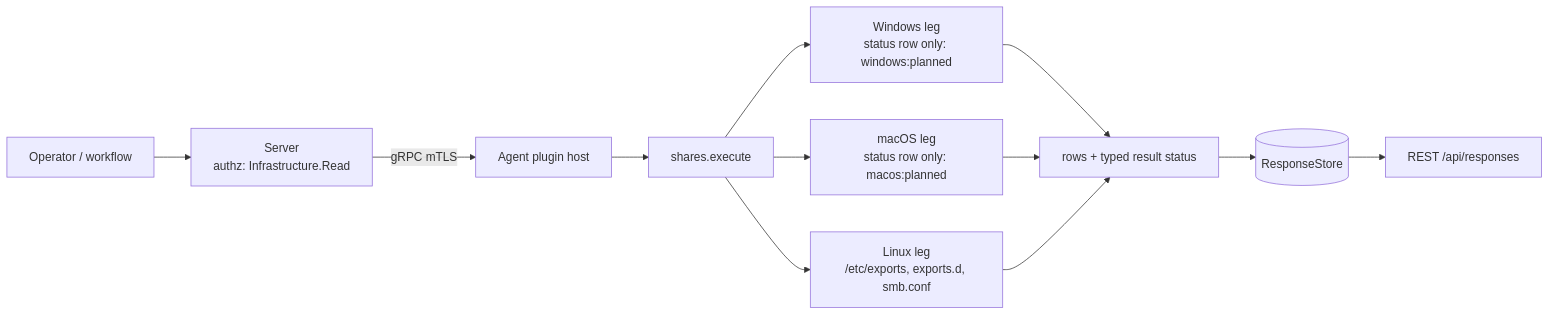
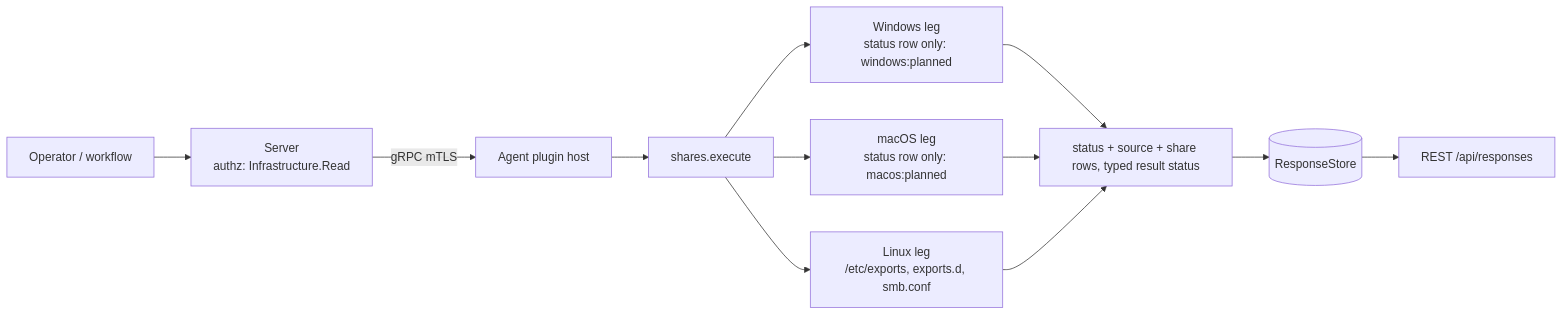
Before and after one commit to DevNullLtd/Yuzu: the first of 3 diagrams in agents/plugins/shares/README.md, drawn with Mermaid. The commit also changed other lines of this file and 5 other files, not shown here.

````diff
--- a/agents/plugins/shares/README.md
+++ b/agents/plugins/shares/README.md
@@ -21,9 +19,9 @@
 ```mermaid
 flowchart LR
   OP[Operator / workflow] --> SRV[Server<br/>authz: Infrastructure.Read]
   SRV -- gRPC mTLS --> HOST[Agent plugin host] --> EX[shares.execute]
-  EX --> WIN[Windows leg<br/>status row only: windows:planned]
-  EX --> MAC[macOS leg<br/>status row only: macos:planned]
-  EX --> LIN[Linux leg<br/>/etc/exports, exports.d, smb.conf]
-  WIN & MAC & LIN --> ROWS[rows + typed result status] --> RS[(ResponseStore)] --> API[REST /api/responses]
+  EX --> WIN["Windows leg<br/>status row only: windows:planned"]
+  EX --> MAC["macOS leg<br/>status row only: macos:planned"]
+  EX --> LIN["Linux leg<br/>/etc/exports, exports.d, smb.conf"]
+  WIN & MAC & LIN --> ROWS[status + source + share rows, typed result status] --> RS[(ResponseStore)] --> API[REST /api/responses]
 ```
````
